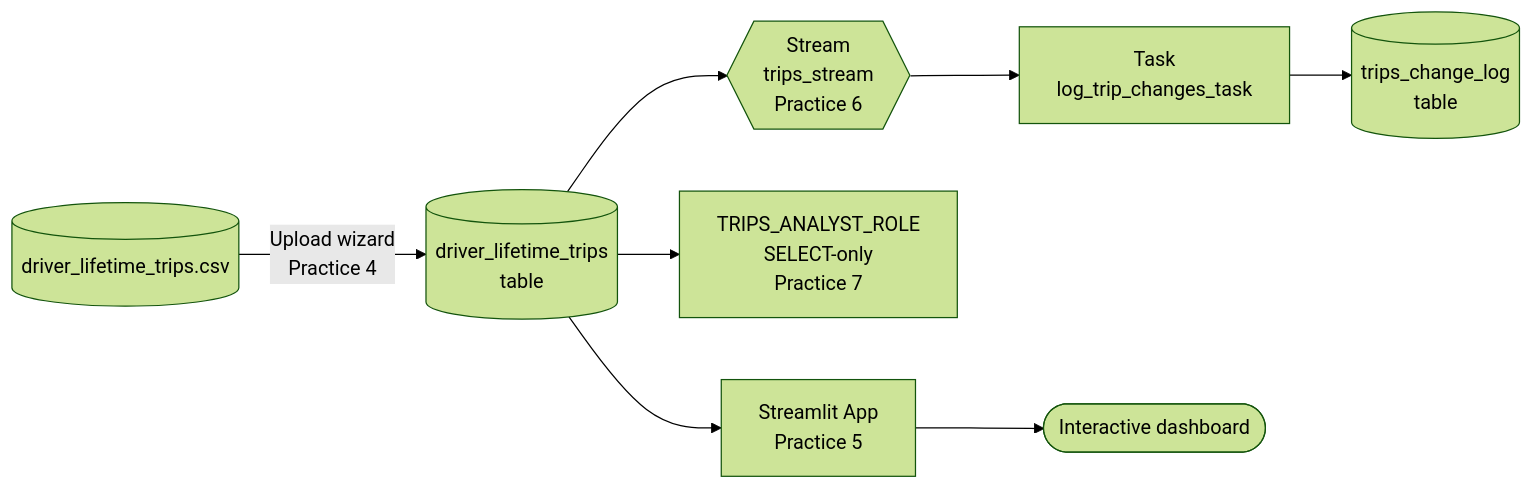
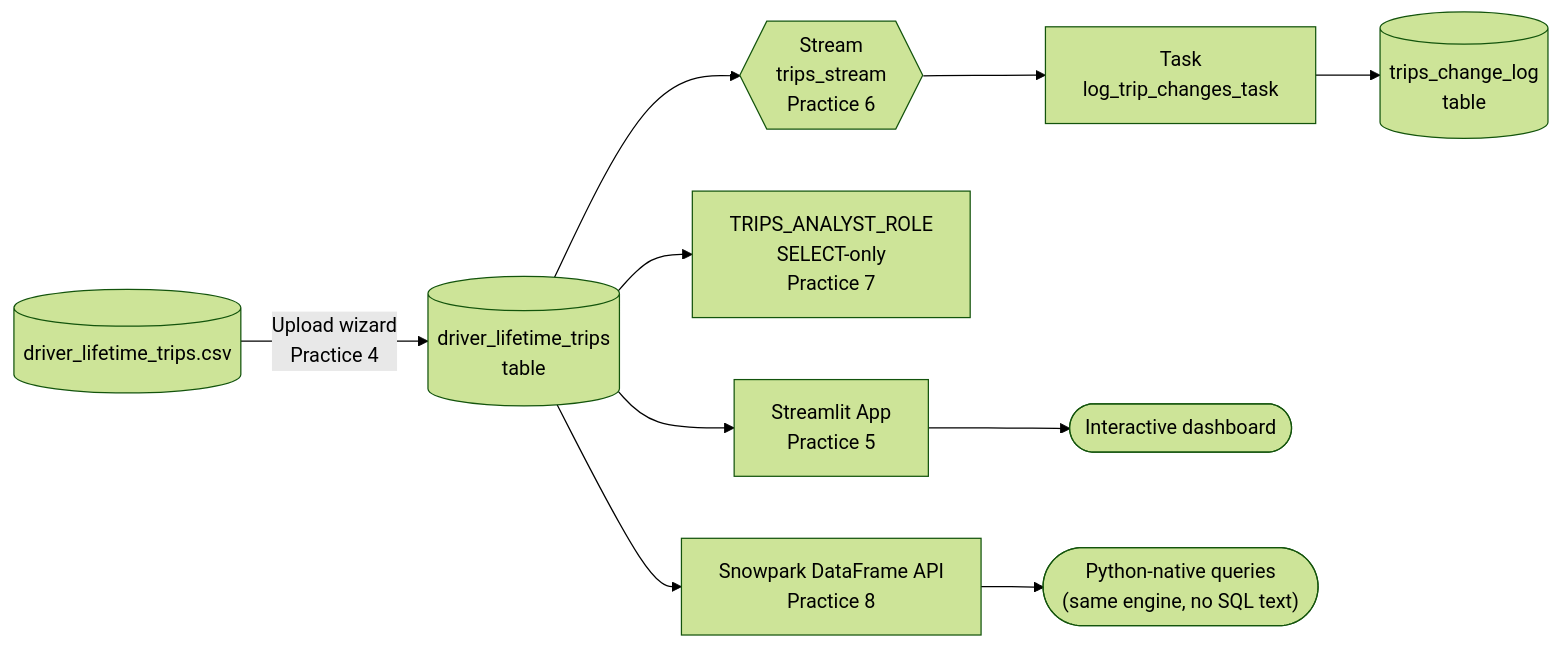
The diagram in README.md (evgeniimatveev/Snowflake-A-Z), drawn with Mermaid (forest theme) before and after one commit. The commit also changed other lines of this file, not shown here.

Commit message:
Add Snowpark practice to README table, diagram, and intro

````diff
--- a/README.md
+++ b/README.md
@@ -30,10 +31,12 @@
 ```mermaid
 flowchart LR
     A[("driver_lifetime_trips.csv")] -->|"Upload wizard<br/>Practice 4"| B[("driver_lifetime_trips<br/>table")]
     B --> C{{"Stream<br/>trips_stream<br/>Practice 6"}}
     C --> D["Task<br/>log_trip_changes_task"]
     D --> E[("trips_change_log<br/>table")]
     B --> F["TRIPS_ANALYST_ROLE<br/>SELECT-only<br/>Practice 7"]
     B --> G["Streamlit App<br/>Practice 5"]
     G --> H(["Interactive dashboard"])
+    B --> I["Snowpark DataFrame API<br/>Practice 8"]
+    I --> J(["Python-native queries<br/>(same engine, no SQL text)"])
 ```
````
